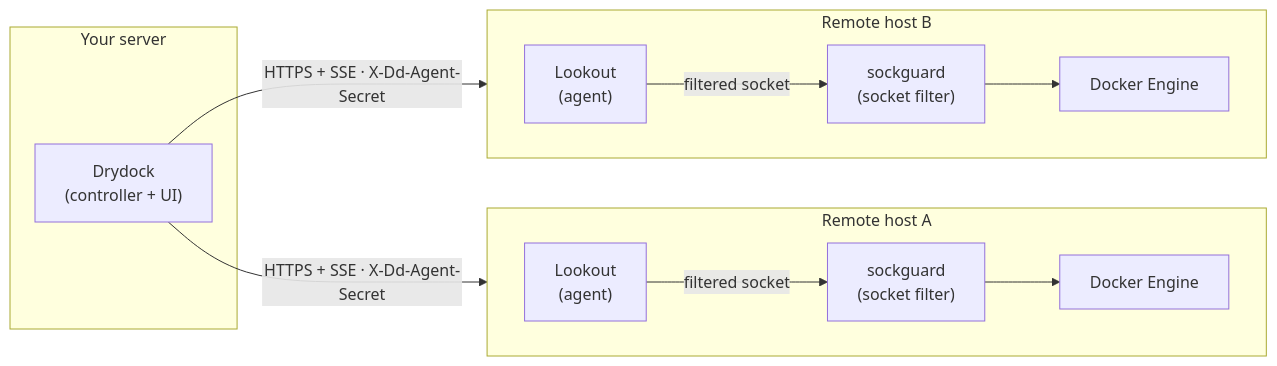
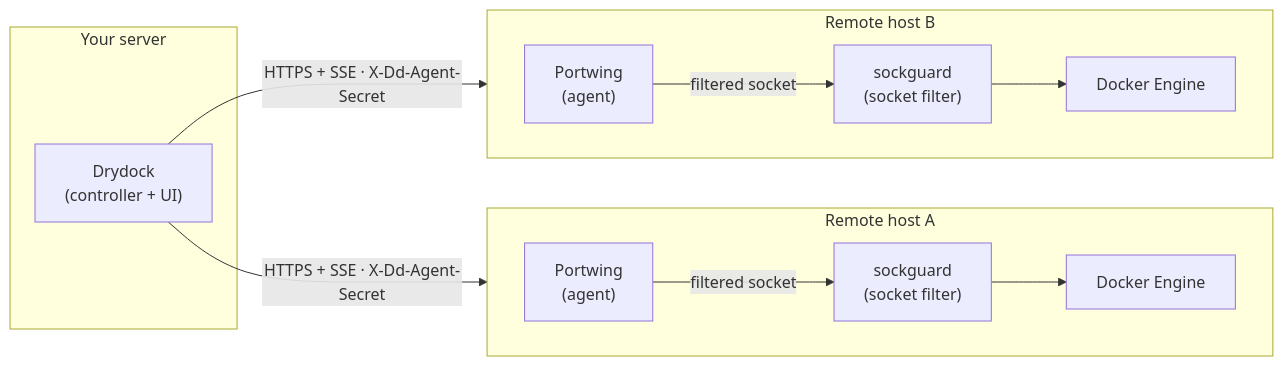
Before and after one commit to CodesWhat/portwing: the diagram in README.md, drawn with Mermaid. The commit also changed other lines of this file and 125 other files, not shown here.

````diff
--- a/README.md
+++ b/README.md
@@ -74,25 +74,25 @@
 ```mermaid
 flowchart LR
     subgraph server ["Your server"]
         DD["Drydock<br/>(controller + UI)"]
     end
 
     subgraph hostA ["Remote host A"]
         direction LR
-        LA["Lookout<br/>(agent)"]
+        LA["Portwing<br/>(agent)"]
         SGA["sockguard<br/>(socket filter)"]
         DA["Docker Engine"]
         LA -- "filtered socket" --> SGA --> DA
     end
 
     subgraph hostB ["Remote host B"]
         direction LR
-        LB["Lookout<br/>(agent)"]
+        LB["Portwing<br/>(agent)"]
         SGB["sockguard<br/>(socket filter)"]
         DB["Docker Engine"]
         LB -- "filtered socket" --> SGB --> DB
     end
 
     DD -- "HTTPS + SSE · X-Dd-Agent-Secret" --> LA
     DD -- "HTTPS + SSE · X-Dd-Agent-Secret" --> LB
 ```
````
